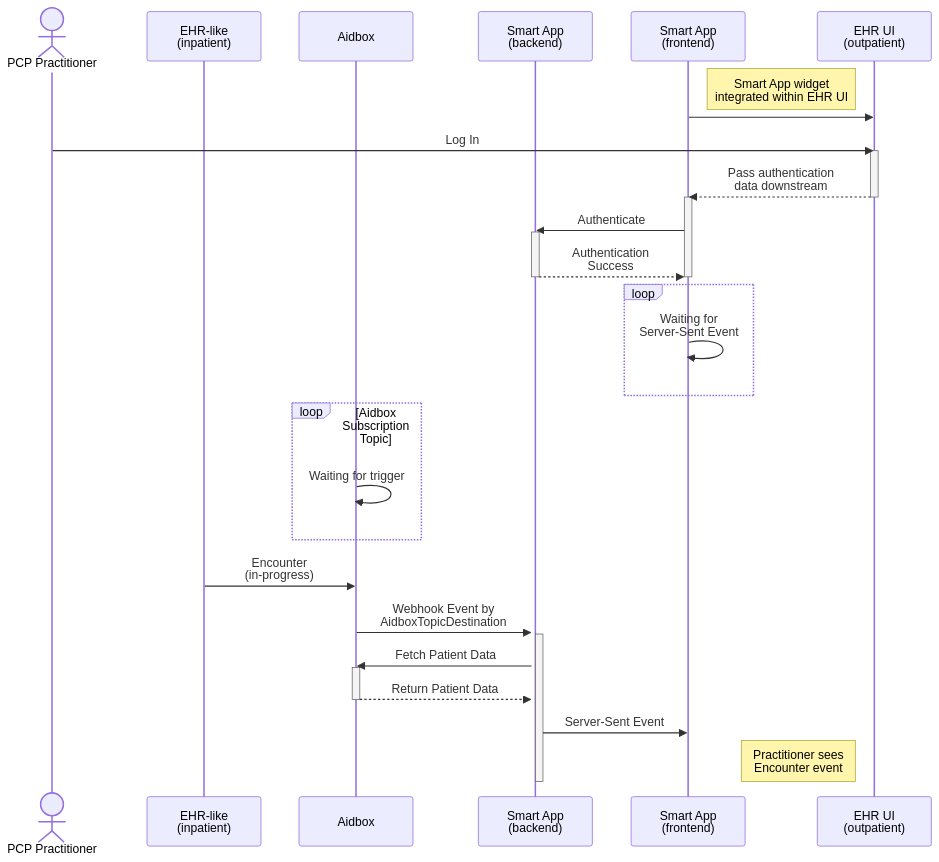
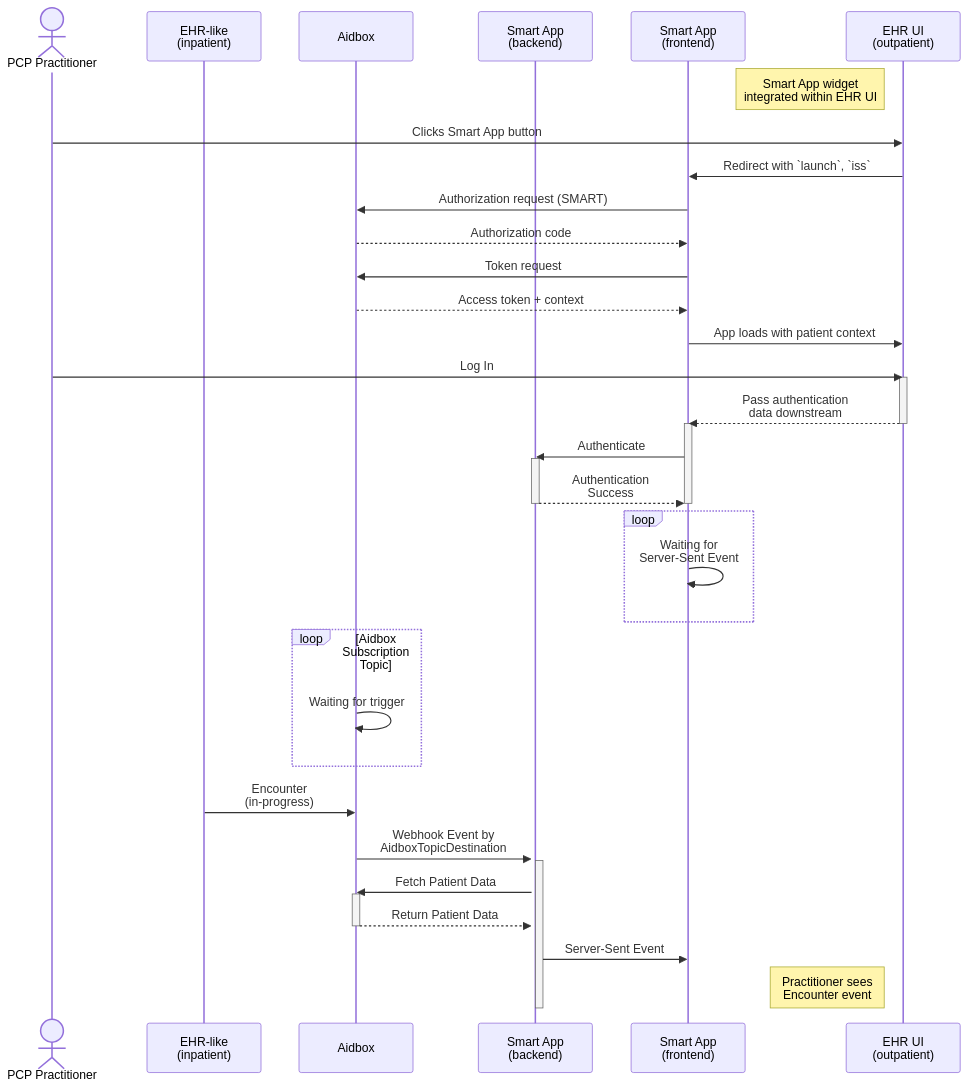
The diagram in smart-app-launch-subscriptions/README.md (Aidbox/examples), drawn with Mermaid before and after one commit. The commit also changed other lines of this file and 1 other file, not shown here.

Commit message:
smart app subscriptions - updated example web ehr port / excluded example react ehr

````diff
--- a/smart-app-launch-subscriptions/README.md
+++ b/smart-app-launch-subscriptions/README.md
@@ -220,37 +222,46 @@
 ```mermaid
 sequenceDiagram
     actor PCP as PCP Practitioner
     participant EHR1 as EHR-like <br/>(inpatient)
     participant Aidbox
     participant AppBack as Smart App<br/>(backend)
     participant AppFront as Smart App<br/>(frontend)
     participant EHR2 as EHR UI<br/>(outpatient)
     Note left of EHR2: Smart App widget <br/>integrated within EHR UI
-    AppFront->>EHR2: 
+
+    PCP->>EHR2: Clicks Smart App button
+    EHR2->>AppFront: Redirect with `launch`, `iss`
+    AppFront->>Aidbox: Authorization request (SMART)
+    Aidbox-->>AppFront: Authorization code
+    AppFront->>Aidbox: Token request
+    Aidbox-->>AppFront: Access token + context
+
+    AppFront->>EHR2: App loads with patient context
     PCP->>EHR2: Log In
     activate EHR2
     EHR2-->>AppFront: Pass authentication<br/>data downstream
     deactivate EHR2
     activate AppFront
     AppFront->>AppBack: Authenticate
     activate AppBack
     AppBack-->>AppFront: Authentication<br/>Success
     deactivate AppBack
     deactivate AppFront
+
     loop 
         AppFront->>AppFront: Waiting for<br/>Server-Sent Event
     end
     loop Aidbox<br/>Subscription<br/>Topic
         Aidbox->>Aidbox: Waiting for trigger
     end
     EHR1->>Aidbox: Encounter <br/>(in-progress)
     activate AppBack
     Aidbox->>+AppBack: Webhook Event by<br/>AidboxTopicDestination
     AppBack->>Aidbox: Fetch Patient Data
     activate Aidbox
     Aidbox-->>AppBack: Return Patient Data
     deactivate Aidbox
     AppBack->>AppFront: Server-Sent Event
     Note left of EHR2: Practitioner sees<br/>Encounter event
     deactivate AppBack
 ```
````
